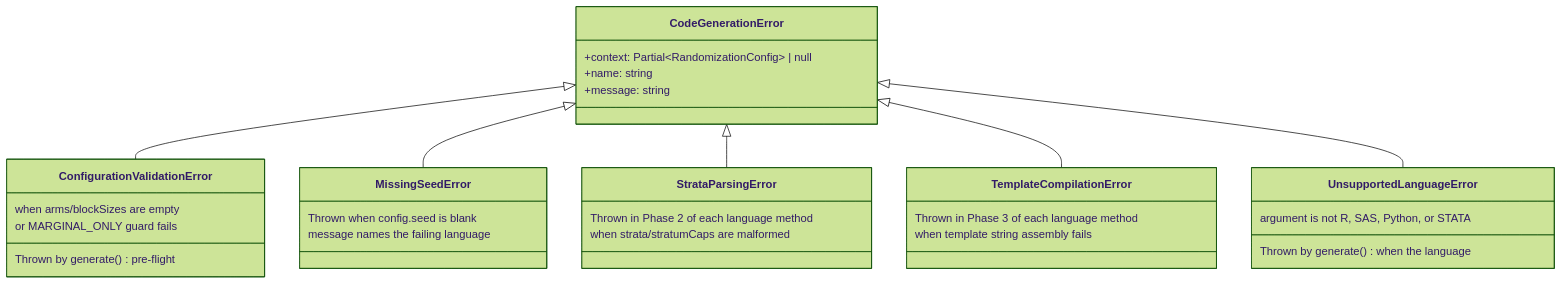
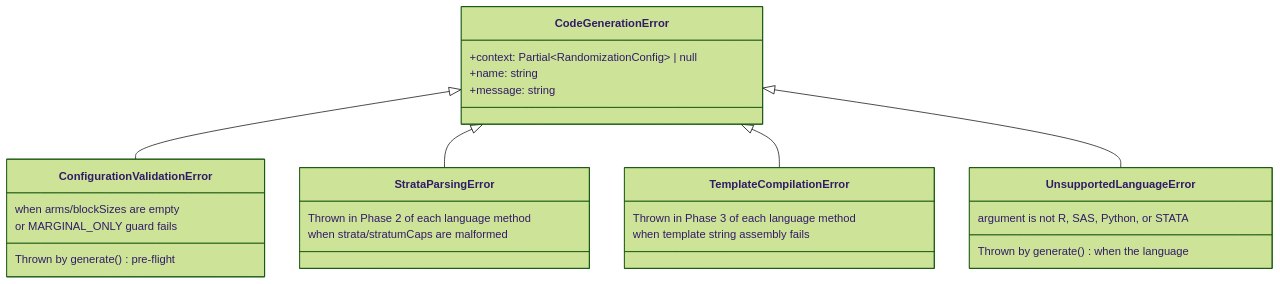
One commit to fderuiter/Equipose changed the seventh of 9 diagrams in docs/reference/ARCHITECTURE_REFERENCE.md. Above: the diagram before and after it, drawn with Mermaid (forest theme). The commit also changed 4 other files, not shown here.

First line of the commit message:
refactor: optimize schema error handling and seed backfill

````diff
--- a/docs/reference/ARCHITECTURE_REFERENCE.md
+++ b/docs/reference/ARCHITECTURE_REFERENCE.md
@@ -507,34 +507,29 @@
 ```mermaid
 classDiagram
     class CodeGenerationError {
         +context: Partial~RandomizationConfig~ | null
         +name: string
         +message: string
     }
     class ConfigurationValidationError {
         Thrown by generate() pre-flight
         when arms/blockSizes are empty
         or MARGINAL_ONLY guard fails
-    }
-    class MissingSeedError {
-        Thrown when config.seed is blank
-        message names the failing language
     }
     class StrataParsingError {
         Thrown in Phase 2 of each language method
         when strata/stratumCaps are malformed
     }
     class TemplateCompilationError {
         Thrown in Phase 3 of each language method
         when template string assembly fails
     }
     class UnsupportedLanguageError {
         Thrown by generate() when the language
         argument is not R, SAS, Python, or STATA
     }
     CodeGenerationError <|-- ConfigurationValidationError
-    CodeGenerationError <|-- MissingSeedError
     CodeGenerationError <|-- StrataParsingError
     CodeGenerationError <|-- TemplateCompilationError
     CodeGenerationError <|-- UnsupportedLanguageError
 ```
````
